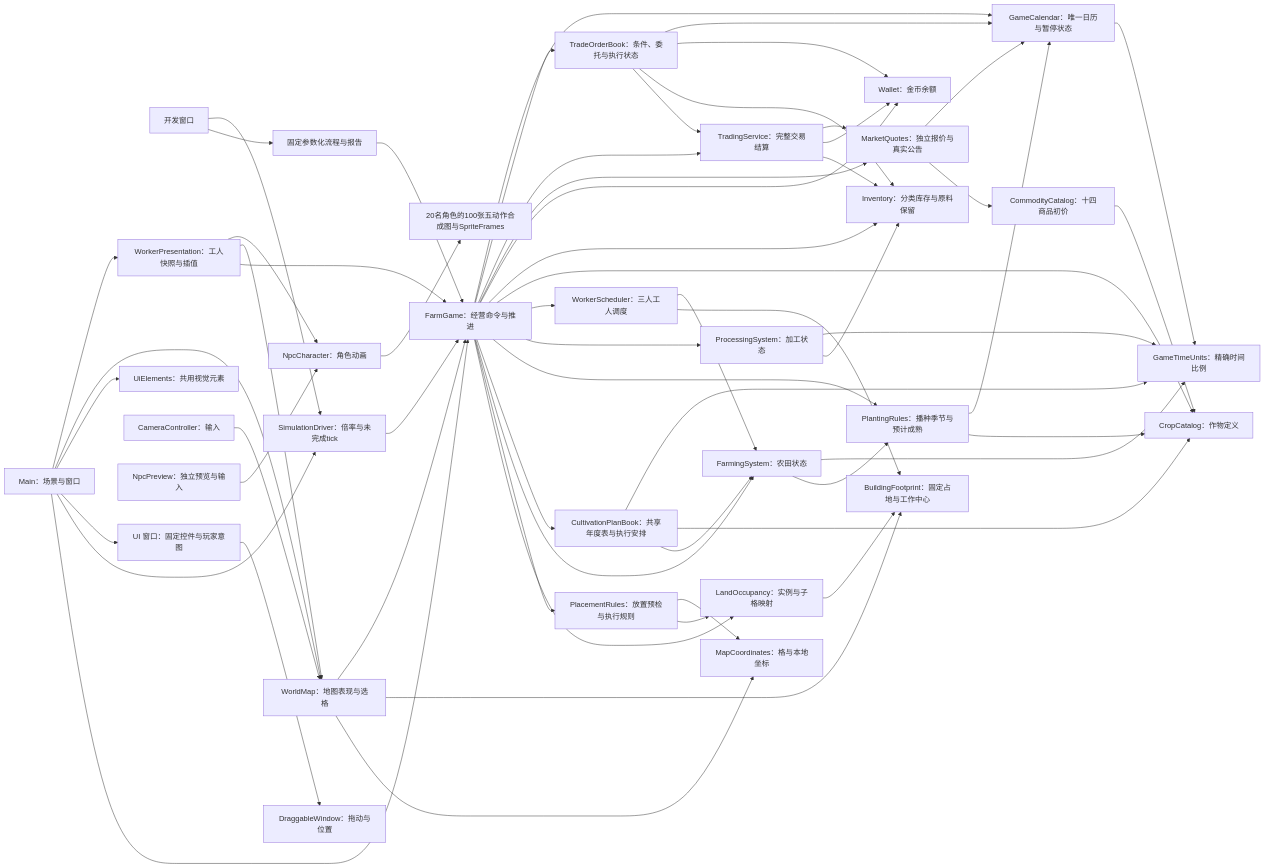
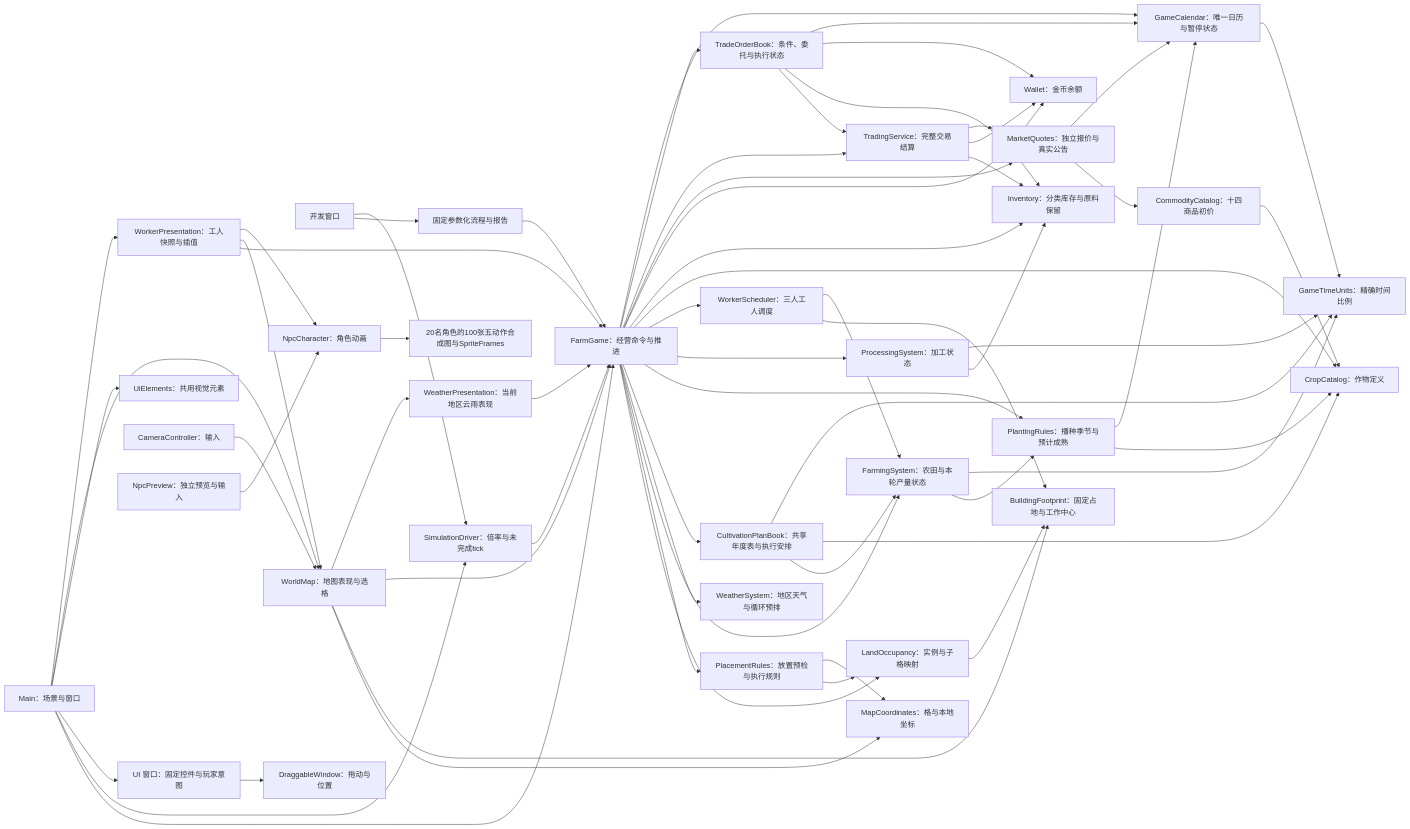
One commit to Fotally/Farm-Exchange changed the diagram in docs/architecture/implementation-system-organization.md. Above: the diagram before and after it, drawn with Mermaid. The commit also changed other lines of this file and 95 other files, not shown here.

````diff
--- a/docs/architecture/implementation-system-organization.md
+++ b/docs/architecture/implementation-system-organization.md
@@ -5,62 +5,65 @@
 ```mermaid
 flowchart LR
     Main[Main：场景与窗口] --> FarmGame[FarmGame：经营命令与推进]
     Main --> Driver[SimulationDriver：倍率与未完成tick]
     Driver --> FarmGame
     DeveloperWindow[开发窗口] --> Scenario[固定参数化流程与报告]
     Scenario --> FarmGame
     DeveloperWindow --> Driver
     Main --> UiWindows[UI 窗口：固定控件与玩家意图]
     UiWindows --> DragWindow[DraggableWindow：拖动与位置]
     Main --> UiStyle[UiElements：共用视觉元素]
     Main --> WorldMap[WorldMap：地图表现与选格]
     Main --> WorkerPresentation[WorkerPresentation：工人快照与插值]
     WorkerPresentation --> FarmGame
     WorkerPresentation --> WorldMap
     WorkerPresentation --> NpcCharacter[NpcCharacter：角色动画]
     Camera[CameraController：输入] --> WorldMap
     WorldMap --> MapCoordinates[MapCoordinates：格与本地坐标]
     WorldMap --> Footprint
     WorldMap --> FarmGame
     FarmGame --> LandOccupancy[LandOccupancy：实例与子格映射]
     LandOccupancy --> Footprint[BuildingFootprint：固定占地与工作中心]
     WorkerScheduler --> Footprint
     FarmGame --> PlacementRules[PlacementRules：放置预检与执行规则]
     PlacementRules --> LandOccupancy
     PlacementRules --> MapCoordinates
-    FarmGame --> FarmingSystem[FarmingSystem：农田状态]
+    FarmGame --> FarmingSystem[FarmingSystem：农田与本轮产量状态]
+    FarmGame --> WeatherSystem[WeatherSystem：地区天气与循环预排]
+    WorldMap --> WeatherPresentation[WeatherPresentation：当前地区云雨表现]
+    WeatherPresentation --> FarmGame
     FarmGame --> Cultivation[CultivationPlanBook：共享年度表与执行安排]
     Cultivation --> FarmingSystem
     Cultivation --> CropCatalog
     Cultivation --> GameTimeUnits
     FarmGame --> PlantingRules[PlantingRules：播种季节与预计成熟]
     FarmGame --> ProcessingSystem[ProcessingSystem：加工状态]
     FarmGame --> WorkerScheduler[WorkerScheduler：三人工人调度]
     WorkerScheduler --> FarmingSystem
     FarmingSystem --> PlantingRules
     PlantingRules --> CropCatalog
     PlantingRules --> GameCalendar
     FarmGame --> CropCatalog[CropCatalog：作物定义]
     FarmGame --> Inventory[Inventory：分类库存与原料保留]
     ProcessingSystem --> Inventory
     FarmGame --> Wallet[Wallet：金币余额]
     FarmGame --> Market[MarketQuotes：独立报价与真实公告]
     FarmGame --> Trading[TradingService：完整交易结算]
     Trading --> Inventory
     Trading --> Wallet
     Trading --> Market
     FarmGame --> Orders[TradeOrderBook：条件、委托与执行状态]
     Orders --> Trading
     Orders --> Inventory
     Orders --> Wallet
     Orders --> GameCalendar
     Market --> CommodityCatalog[CommodityCatalog：十四商品初价]
     CommodityCatalog --> CropCatalog
     Market --> GameCalendar
     FarmGame --> GameCalendar[GameCalendar：唯一日历与暂停状态]
     FarmingSystem --> GameTimeUnits[GameTimeUnits：精确时间比例]
     ProcessingSystem --> GameTimeUnits
     GameCalendar --> GameTimeUnits
     NpcPreview[NpcPreview：独立预览与输入] --> NpcCharacter
     NpcCharacter --> NpcSheets[20名角色的100张五动作合成图与SpriteFrames]
 ```
````
